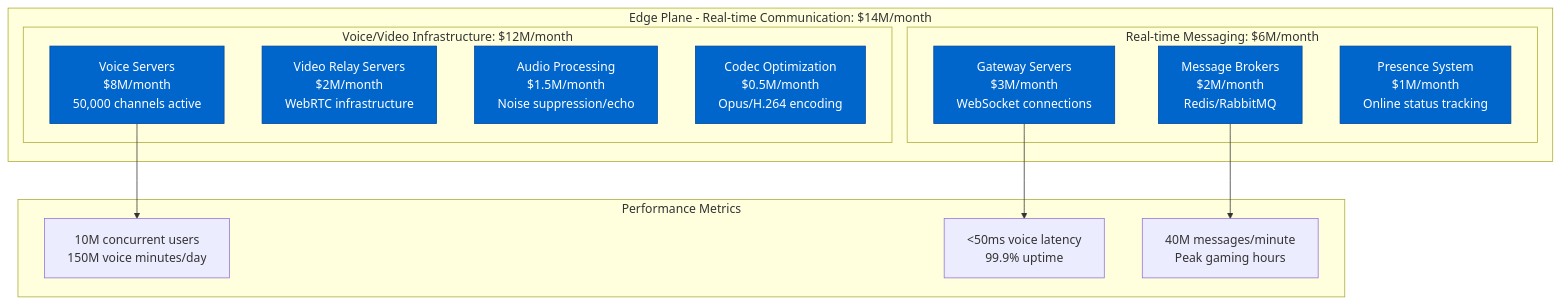
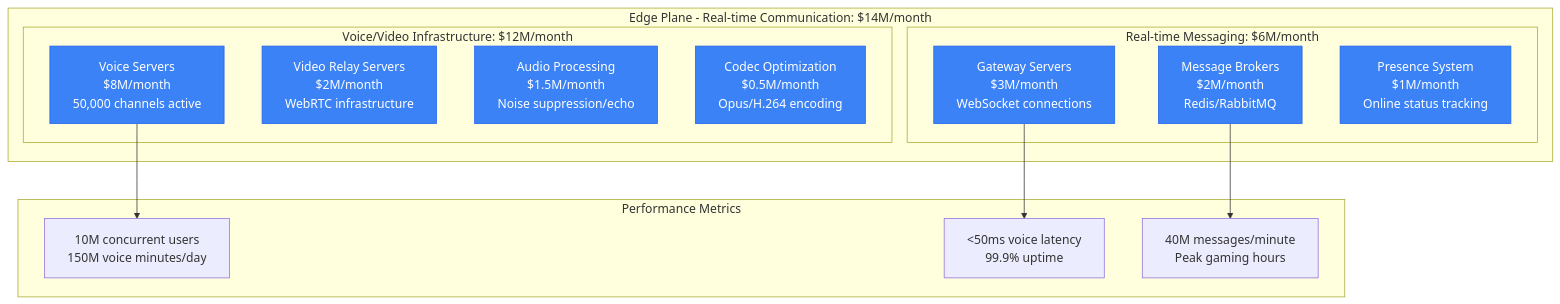
One commit to deepaucksharma/DS changed the second of 13 diagrams in site/docs/costs/discord-infrastructure-breakdown.md. Above: the diagram before and after it, drawn with Mermaid. The commit also changed other lines of this file and 187 other files, not shown here.

````diff
--- a/site/docs/costs/discord-infrastructure-breakdown.md
+++ b/site/docs/costs/discord-infrastructure-breakdown.md
@@ -38,31 +38,31 @@
 ```mermaid
 graph TB
     subgraph EdgeCosts[Edge Plane - Real-time Communication: $14M/month]
         subgraph VoiceVideo[Voice/Video Infrastructure: $12M/month]
             VOICE_SERVERS[Voice Servers<br/>$8M/month<br/>50,000 channels active]
             VIDEO_RELAY[Video Relay Servers<br/>$2M/month<br/>WebRTC infrastructure]
             AUDIO_PROC[Audio Processing<br/>$1.5M/month<br/>Noise suppression/echo]
             CODEC[Codec Optimization<br/>$0.5M/month<br/>Opus/H.264 encoding]
         end
 
         subgraph Messaging[Real-time Messaging: $6M/month]
             GATEWAY[Gateway Servers<br/>$3M/month<br/>WebSocket connections]
             MESSAGE_BROKER[Message Brokers<br/>$2M/month<br/>Redis/RabbitMQ]
             PRESENCE[Presence System<br/>$1M/month<br/>Online status tracking]
         end
     end
 
     subgraph Metrics[Performance Metrics]
         CONCURRENT[10M concurrent users<br/>150M voice minutes/day]
         LATENCY[<50ms voice latency<br/>99.9% uptime]
         SCALE[40M messages/minute<br/>Peak gaming hours]
     end
 
     VOICE_SERVERS --> CONCURRENT
     GATEWAY --> LATENCY
     MESSAGE_BROKER --> SCALE
 
     %% Apply edge plane colors
-    classDef edgeStyle fill:#0066CC,stroke:#004499,color:#fff
+    classDef edgeStyle fill:#3B82F6,stroke:#2563EB,color:#fff
     class VOICE_SERVERS,VIDEO_RELAY,AUDIO_PROC,CODEC,GATEWAY,MESSAGE_BROKER,PRESENCE edgeStyle
 ```
````
